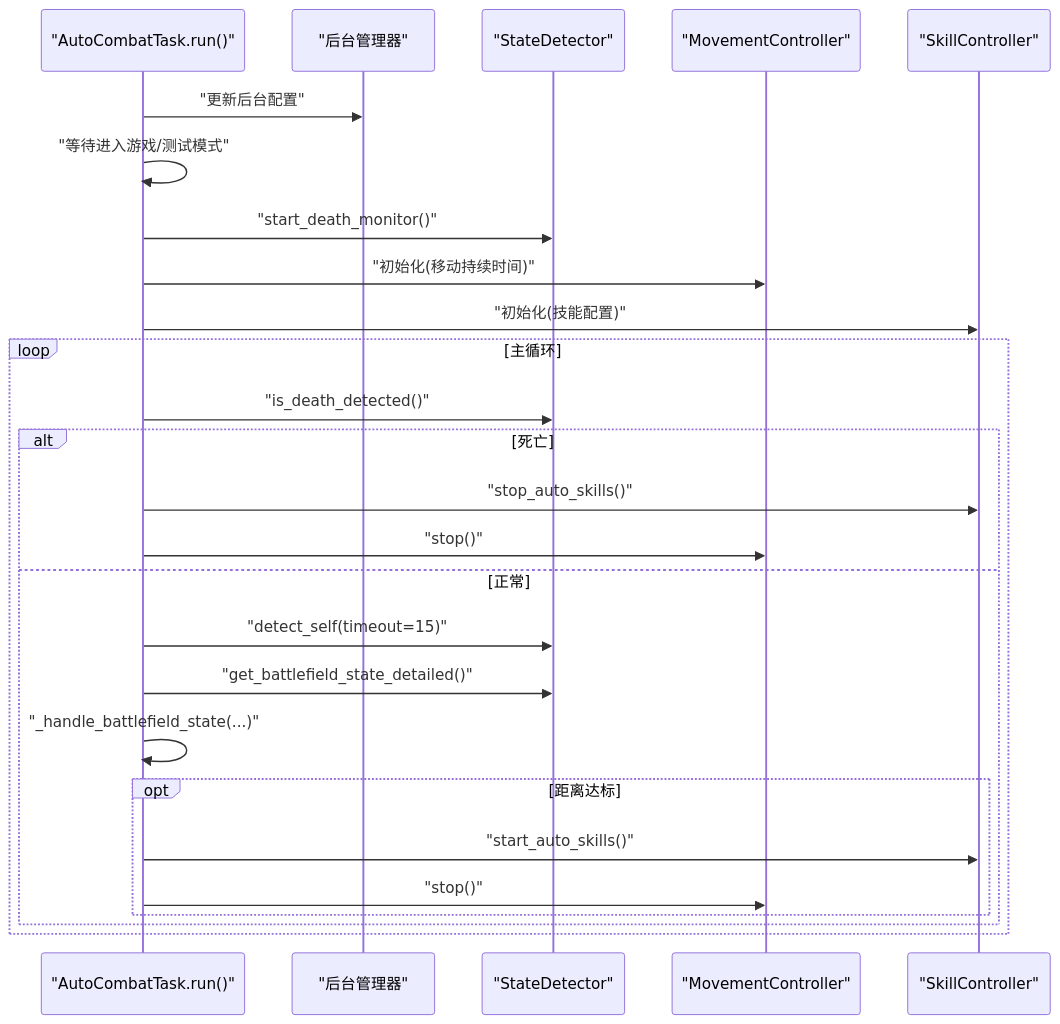
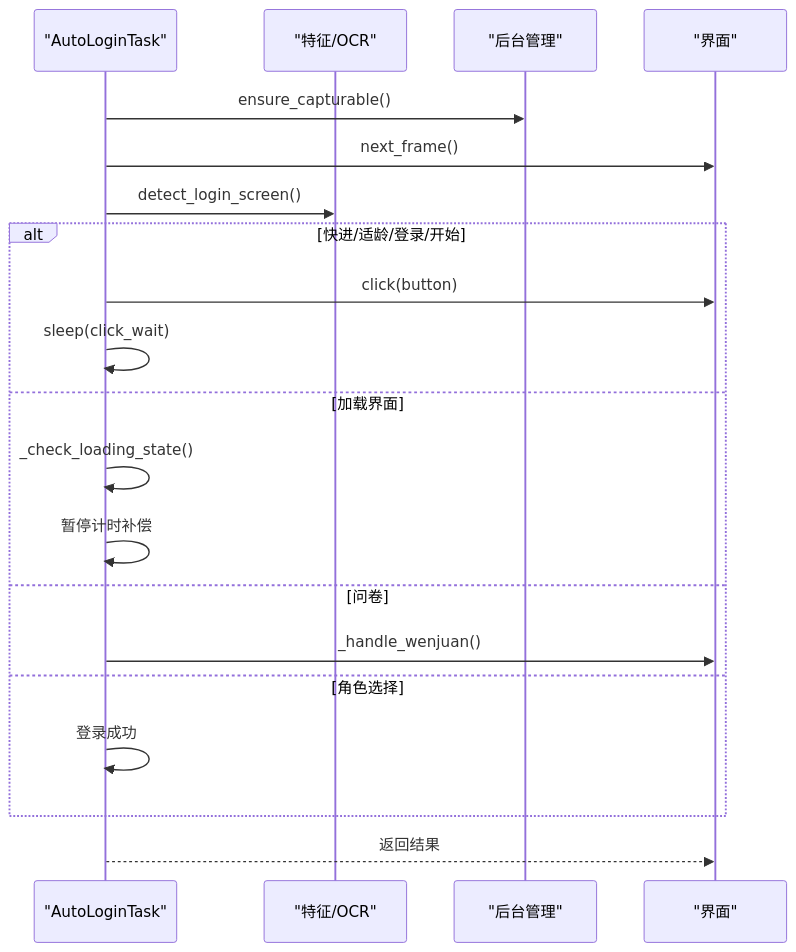
Before and after one commit to xsy098-max/ok-jump: the fourth of 10 diagrams in .qoder/repowiki/zh/content/任务系统/任务系统.md, drawn with Mermaid. The commit also changed other lines of this file and 216 other files, not shown here.

````diff
--- a/.qoder/repowiki/zh/content/任务系统/任务系统.md
+++ b/.qoder/repowiki/zh/content/任务系统/任务系统.md
@@ -398,28 +240,22 @@
 ```mermaid
 sequenceDiagram
-participant T as "AutoCombatTask.run()"
-participant BG as "后台管理器"
-participant SD as "StateDetector"
-participant MC as "MovementController"
-participant SK as "SkillController"
-T->>BG : "更新后台配置"
-T->>T : "等待进入游戏/测试模式"
-T->>SD : "start_death_monitor()"
-T->>MC : "初始化(移动持续时间)"
-T->>SK : "初始化(技能配置)"
-loop 主循环
-T->>SD : "is_death_detected()"
-alt 死亡
-T->>SK : "stop_auto_skills()"
-T->>MC : "stop()"
-else 正常
-T->>SD : "detect_self(timeout=15)"
-T->>SD : "get_battlefield_state_detailed()"
-T->>T : "_handle_battlefield_state(...)"
-opt 距离达标
-T->>SK : "start_auto_skills()"
-T->>MC : "stop()"
+participant T as "AutoLoginTask"
+participant F as "特征/OCR"
+participant BG as "后台管理"
+participant UI as "界面"
+T->>BG : ensure_capturable()
+T->>UI : next_frame()
+T->>F : detect_login_screen()
+alt 快进/适龄/登录/开始
+T->>UI : click(button)
+T->>T : sleep(click_wait)
+else 加载界面
+T->>T : _check_loading_state()
+T->>T : 暂停计时补偿
+else 问卷
+T->>UI : _handle_wenjuan()
+else 角色选择
+T->>T : 登录成功
 end
-end
-end
+T-->>UI : 返回结果
 ```
````
